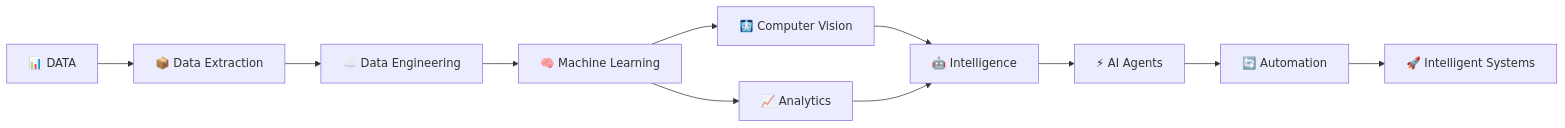
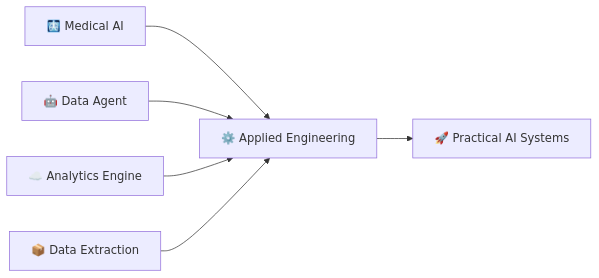
The second of 8 diagrams in README.md (Muhammad-Riyan1/Muhammad-Riyan1), drawn with Mermaid before and after one commit. The commit also changed other lines of this file, not shown here.

````diff
--- a/README.md
+++ b/README.md
@@ -166,22 +144,15 @@
-```mermaid
+```mermaid id="projects01"
 flowchart LR
 
-    DATA["📊 DATA"]
+    MED["🩻 Medical AI"]
+    AGENT["🤖 Data Agent"]
+    CLOUD["☁️ Analytics Engine"]
+    EXTRACT["📦 Data Extraction"]
 
-    DATA --> EXT["📦 Data Extraction"]
-    EXT --> ENG["☁️ Data Engineering"]
+    MED --> WORK["⚙️ Applied Engineering"]
+    AGENT --> WORK
+    CLOUD --> WORK
+    EXTRACT --> WORK
 
-    ENG --> ML["🧠 Machine Learning"]
-
-    ML --> CV["🩻 Computer Vision"]
-    ML --> ANALYSIS["📈 Analytics"]
-
-    CV --> INT["🤖 Intelligence"]
-    ANALYSIS --> INT
-
-    INT --> AGENT["⚡ AI Agents"]
-
-    AGENT --> AUTO["🔄 Automation"]
-
-    AUTO --> SYSTEM["🚀 Intelligent Systems"]
+    WORK --> IMPACT["🚀 Practical AI Systems"]
 ```
````
